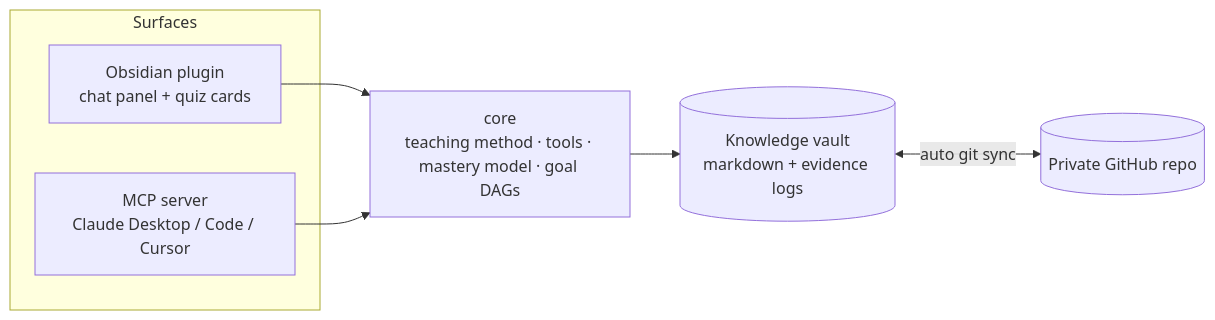
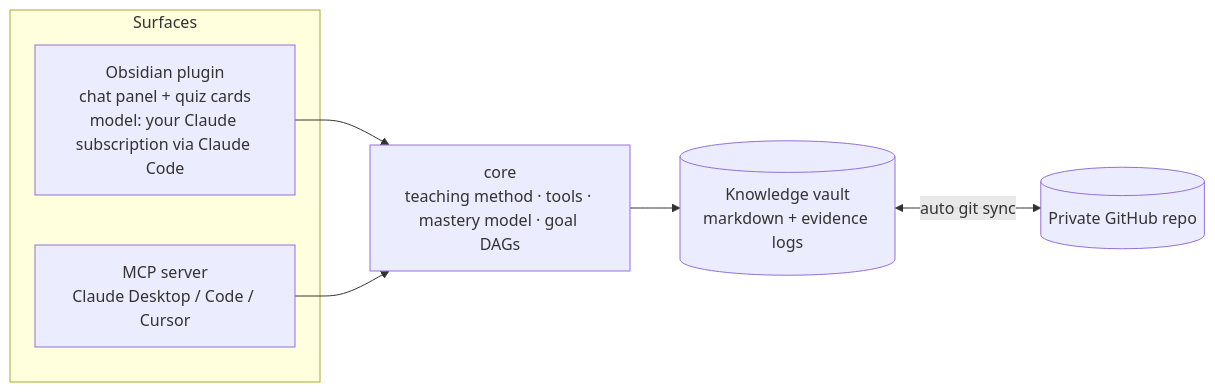
The diagram in README.md (JonathanHarris15/Groundwork), drawn with Mermaid before and after one commit. The commit also changed other lines of this file, not shown here.

Commit message:
README: set up the tutor with a Claude subscription via Claude Code

````diff
--- a/README.md
+++ b/README.md
@@ -18,14 +18,14 @@
 ```mermaid
 graph LR
   subgraph Surfaces
-    P[Obsidian plugin<br/>chat panel + quiz cards]
+    P[Obsidian plugin<br/>chat panel + quiz cards<br/>model: your Claude subscription via Claude Code]
     M[MCP server<br/>Claude Desktop / Code / Cursor]
   end
   C[core<br/>teaching method · tools · mastery model · goal DAGs]
   V[(Knowledge vault<br/>markdown + evidence logs)]
   G[(Private GitHub repo)]
   P --> C
   M --> C
   C --> V
   V <-->|auto git sync| G
 ```
````
